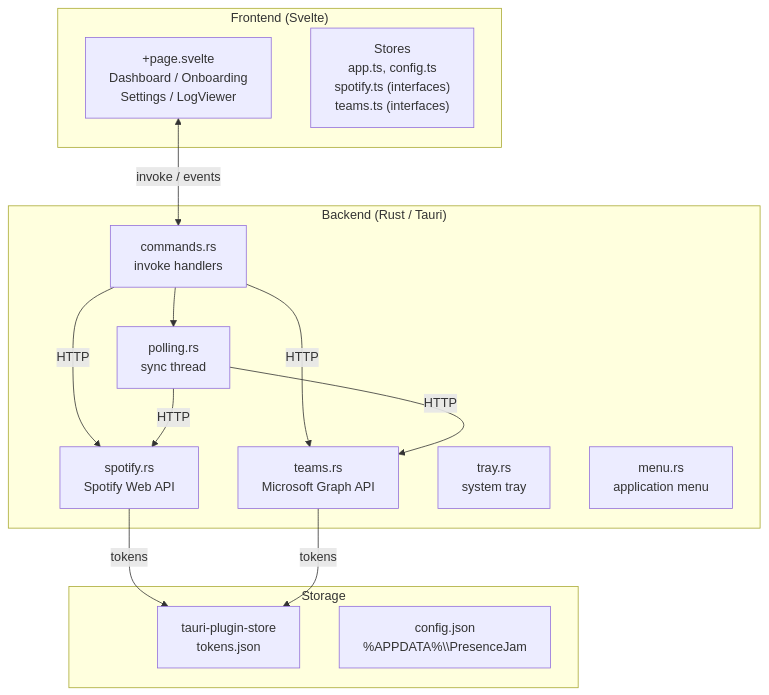
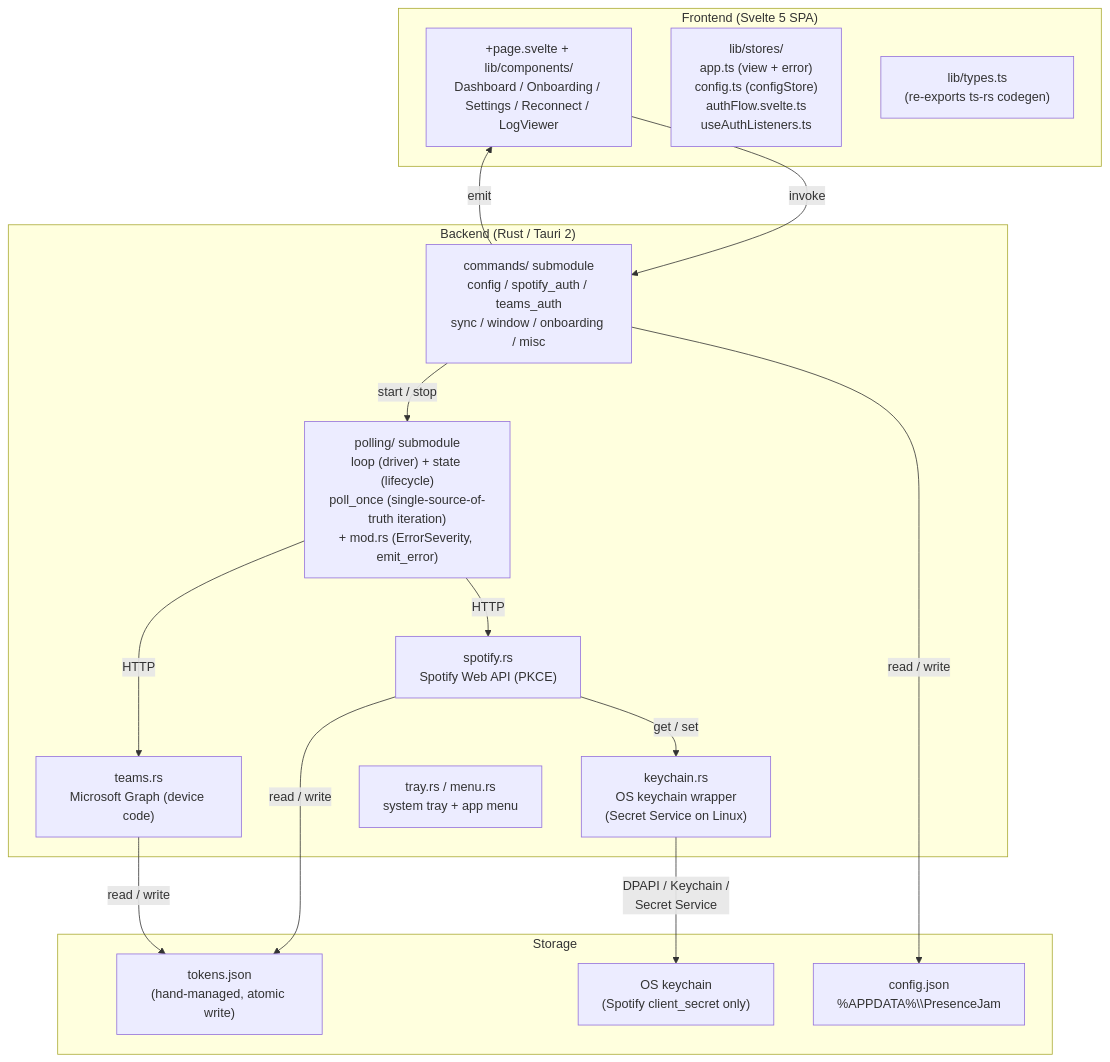
The first of 8 diagrams in ARCHITECTURE.md (Carme99/PresenceJam-Desktop), drawn with Mermaid before and after one commit. The commit also changed other lines of this file, not shown here.

First line of the commit message:
docs(architecture): rewrite to reflect v2.7.0–v2.8.0 codebase reality

````diff
--- a/ARCHITECTURE.md
+++ b/ARCHITECTURE.md
@@ -17,30 +41,34 @@
 ```mermaid
 graph TD
-    subgraph Frontend ["Frontend (Svelte)"]
-        UI["+page.svelte<br/>Dashboard / Onboarding<br/>Settings / LogViewer"]
-        Stores["Stores<br/>app.ts, config.ts<br/>spotify.ts (interfaces)<br/>teams.ts (interfaces)"]
+    subgraph Frontend ["Frontend (Svelte 5 SPA)"]
+        UI["+page.svelte + lib/components/<br/>Dashboard / Onboarding / Settings / Reconnect / LogViewer"]
+        Stores["lib/stores/<br/>app.ts (view + error)<br/>config.ts (configStore)<br/>authFlow.svelte.ts<br/>useAuthListeners.ts"]
+        Types["lib/types.ts<br/>(re-exports ts-rs codegen)"]
     end
 
-    subgraph Backend ["Backend (Rust / Tauri)"]
-        Commands["commands.rs<br/>invoke handlers"]
-        Polling["polling.rs<br/>sync thread"]
-        SpotifyAPI["spotify.rs<br/>Spotify Web API"]
-        TeamsAPI["teams.rs<br/>Microsoft Graph API"]
-        Tray["tray.rs<br/>system tray"]
-        Menu["menu.rs<br/>application menu"]
+    subgraph Backend ["Backend (Rust / Tauri 2)"]
+        Commands["commands/ submodule<br/>config / spotify_auth / teams_auth<br/>sync / window / onboarding / misc"]
+        Polling["polling/ submodule<br/>loop (driver) + state (lifecycle)<br/>poll_once (single-source-of-truth iteration)<br/>+ mod.rs (ErrorSeverity, emit_error)"]
+        SpotifyAPI["spotify.rs<br/>Spotify Web API (PKCE)"]
+        TeamsAPI["teams.rs<br/>Microsoft Graph (device code)"]
+        Keychain["keychain.rs<br/>OS keychain wrapper<br/>(Secret Service on Linux)"]
+        Tray["tray.rs / menu.rs<br/>system tray + app menu"]
     end
 
     subgraph Storage ["Storage"]
-        TokenStore["tauri-plugin-store<br/>tokens.json"]
+        Tokens["tokens.json<br/>(hand-managed, atomic write)"]
+        Secret["OS keychain<br/>(Spotify client_secret only)"]
         Config["config.json<br/>%APPDATA%\\PresenceJam"]
     end
 
-    UI <-->|"invoke / events"| Commands
-    Commands -->|"HTTP"| SpotifyAPI
-    Commands -->|"HTTP"| TeamsAPI
+    UI -->|"invoke<Cmd>"| Commands
+    Commands -->|"emit<Event>"| UI
+    Commands -->|"start / stop"| Polling
     Polling -->|"HTTP"| SpotifyAPI
     Polling -->|"HTTP"| TeamsAPI
-    Commands --> Polling
-    SpotifyAPI -->|"tokens"| TokenStore
-    TeamsAPI -->|"tokens"| TokenStore
+    SpotifyAPI -->|"read / write"| Tokens
+    TeamsAPI -->|"read / write"| Tokens
+    SpotifyAPI -->|"get / set"| Keychain
+    Commands -->|"read / write"| Config
+    Keychain -->|"DPAPI / Keychain /<br/>Secret Service"| Secret
 ```
````
